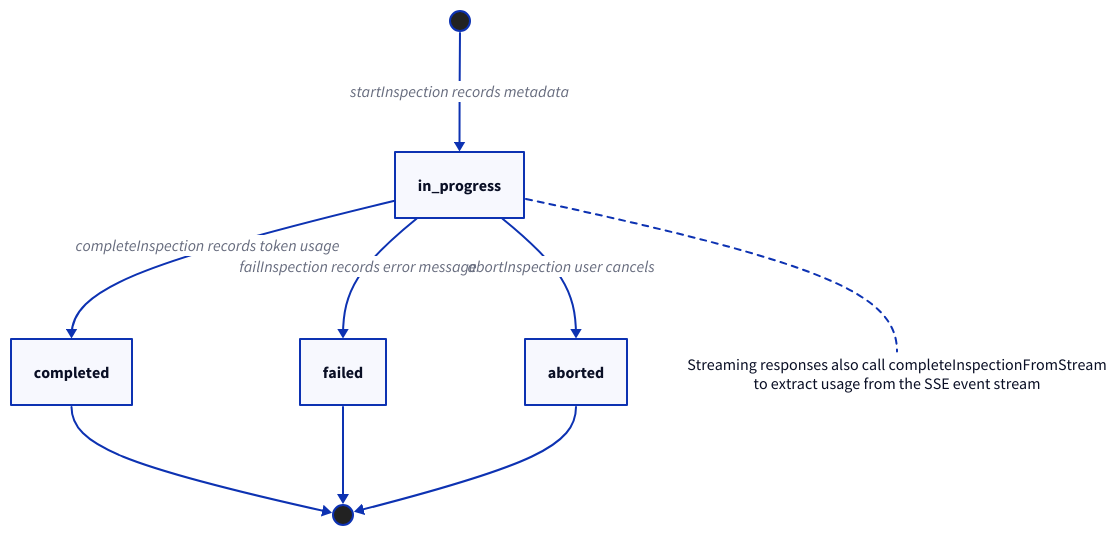
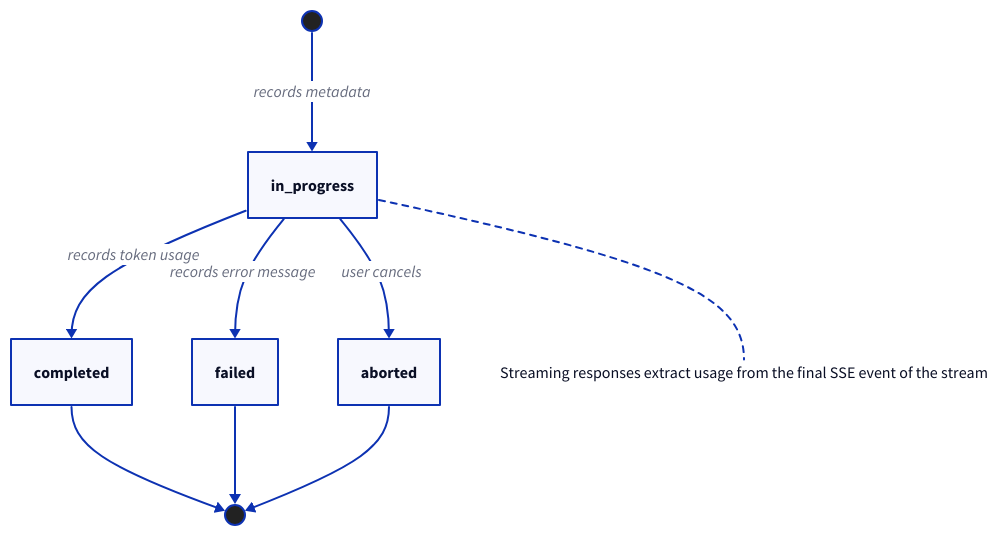
The diagram in docs/improvements/request-inspector.md (funnycups/Luker), drawn with D2 before and after one commit. The commit also changed other lines of this file and 25 other files, not shown here.

````diff
--- a/docs/improvements/request-inspector.md
+++ b/docs/improvements/request-inspector.md
@@ -22,32 +22,32 @@
 ```d2
 direction: down
 
 start: "" {
   shape: circle
   width: 20
   style.fill: "#222"
 }
 in_progress: "in_progress"
 done: "completed"
 failed: "failed"
 aborted: "aborted"
 end_: "" {
   shape: circle
   width: 20
   style.fill: "#222"
 }
 
-note: "Streaming responses also call completeInspectionFromStream\nto extract usage from the SSE event stream" {
+note: "Streaming responses extract usage from the final SSE event of the stream" {
   shape: text
   style.fill: "#fff8d4"
 }
 
-start -> in_progress: "startInspection records metadata"
-in_progress -> done: "completeInspection records token usage"
-in_progress -> failed: "failInspection records error message"
-in_progress -> aborted: "abortInspection user cancels"
+start -> in_progress: "records metadata"
+in_progress -> done: "records token usage"
+in_progress -> failed: "records error message"
+in_progress -> aborted: "user cancels"
 done -> end_
 failed -> end_
 aborted -> end_
 in_progress -- note: {style.stroke-dash: 3}
 ```
````
